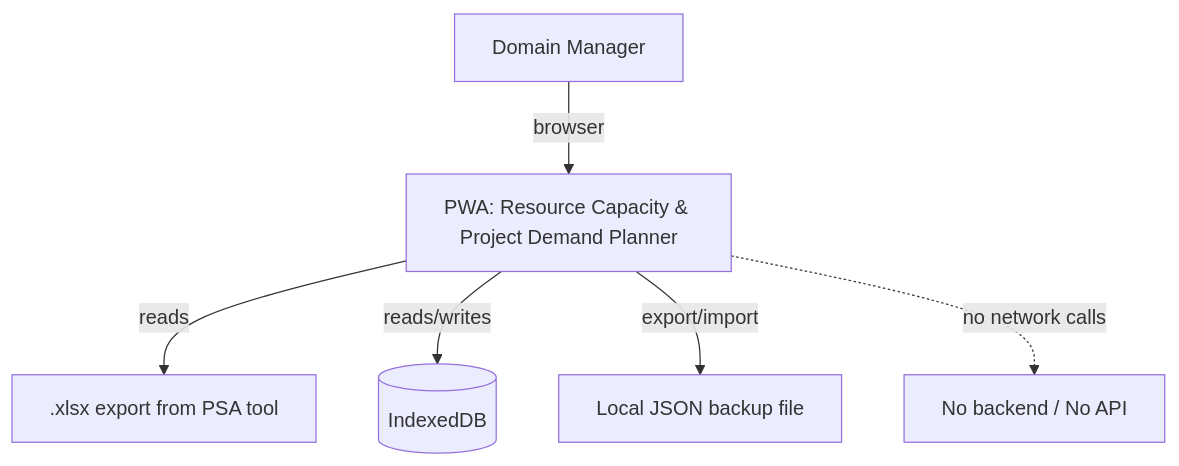
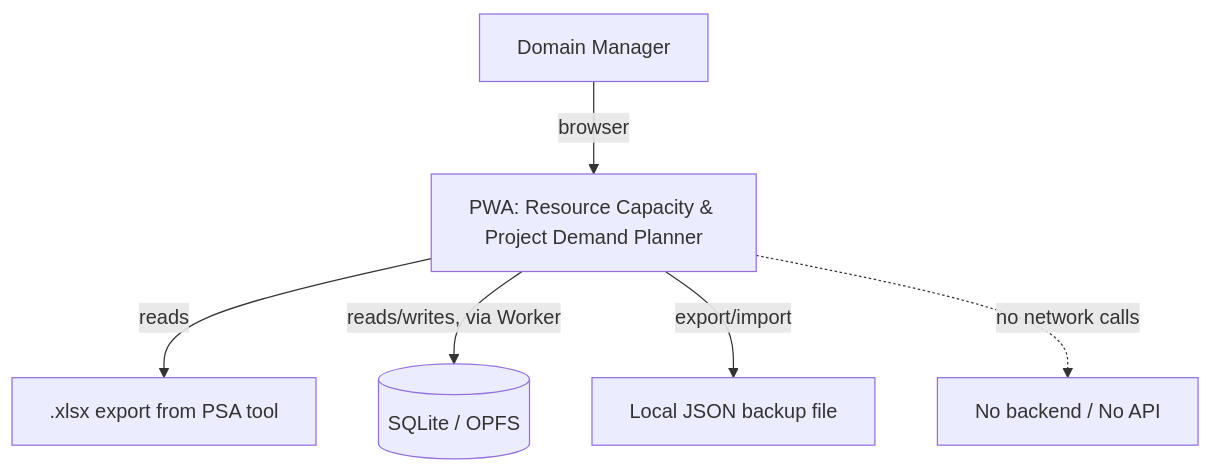
Before and after one commit to PhilippePerrin/explorResource: the first of 2 diagrams in docs/architecture.md, drawn with Mermaid. The commit also changed other lines of this file and 51 other files, not shown here.

````diff
--- a/docs/architecture.md
+++ b/docs/architecture.md
@@ -12,8 +12,8 @@
 ```mermaid
 graph TD
   User[Domain Manager] -->|browser| App[PWA: Resource Capacity & Project Demand Planner]
   App -->|reads| Excel[.xlsx export from PSA tool]
-  App -->|reads/writes| IDB[(IndexedDB)]
+  App -->|reads/writes, via Worker| SQLite[(SQLite / OPFS)]
   App -->|export/import| Backup[Local JSON backup file]
   App -.->|no network calls| NoServer[No backend / No API]
 ```
````
